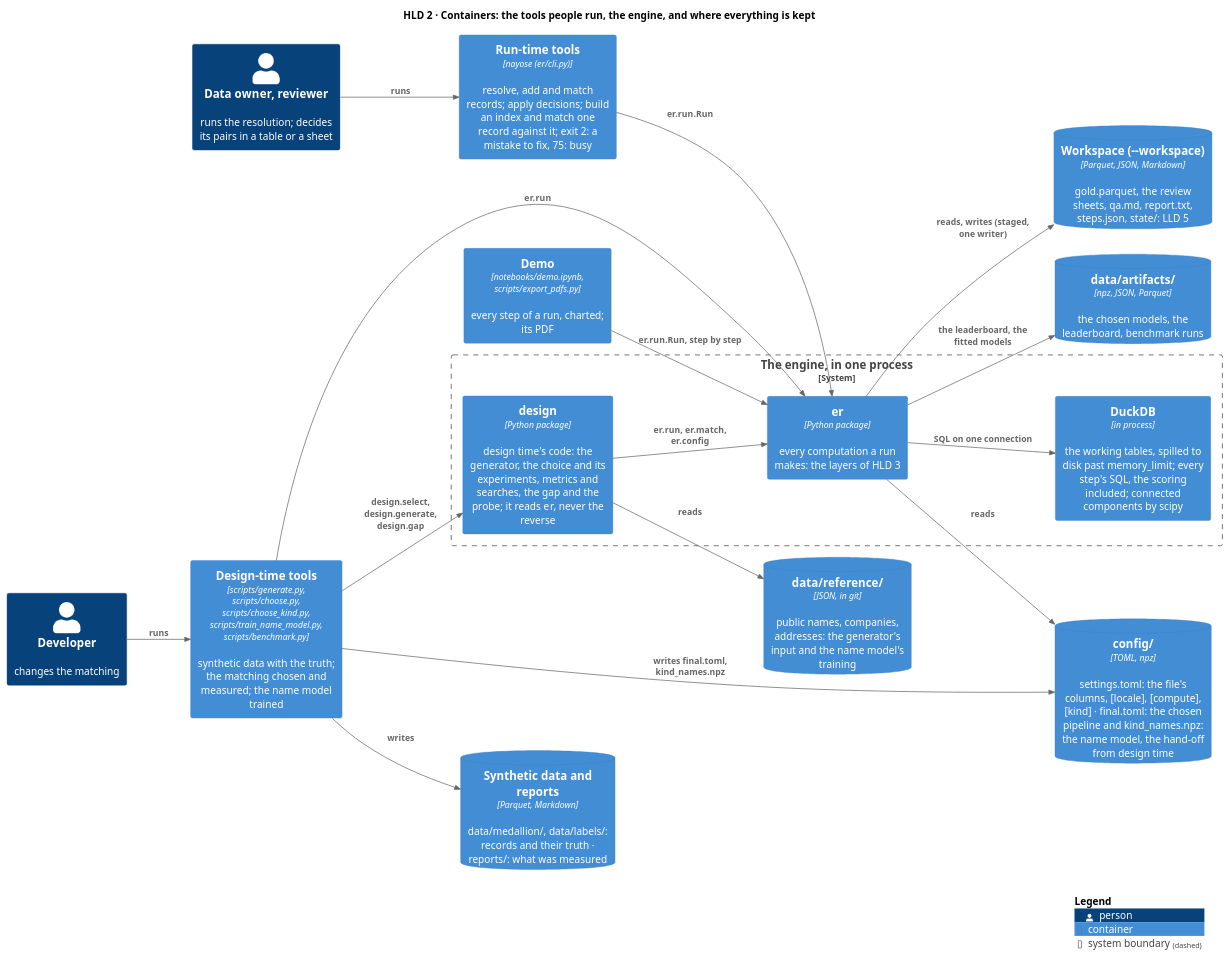
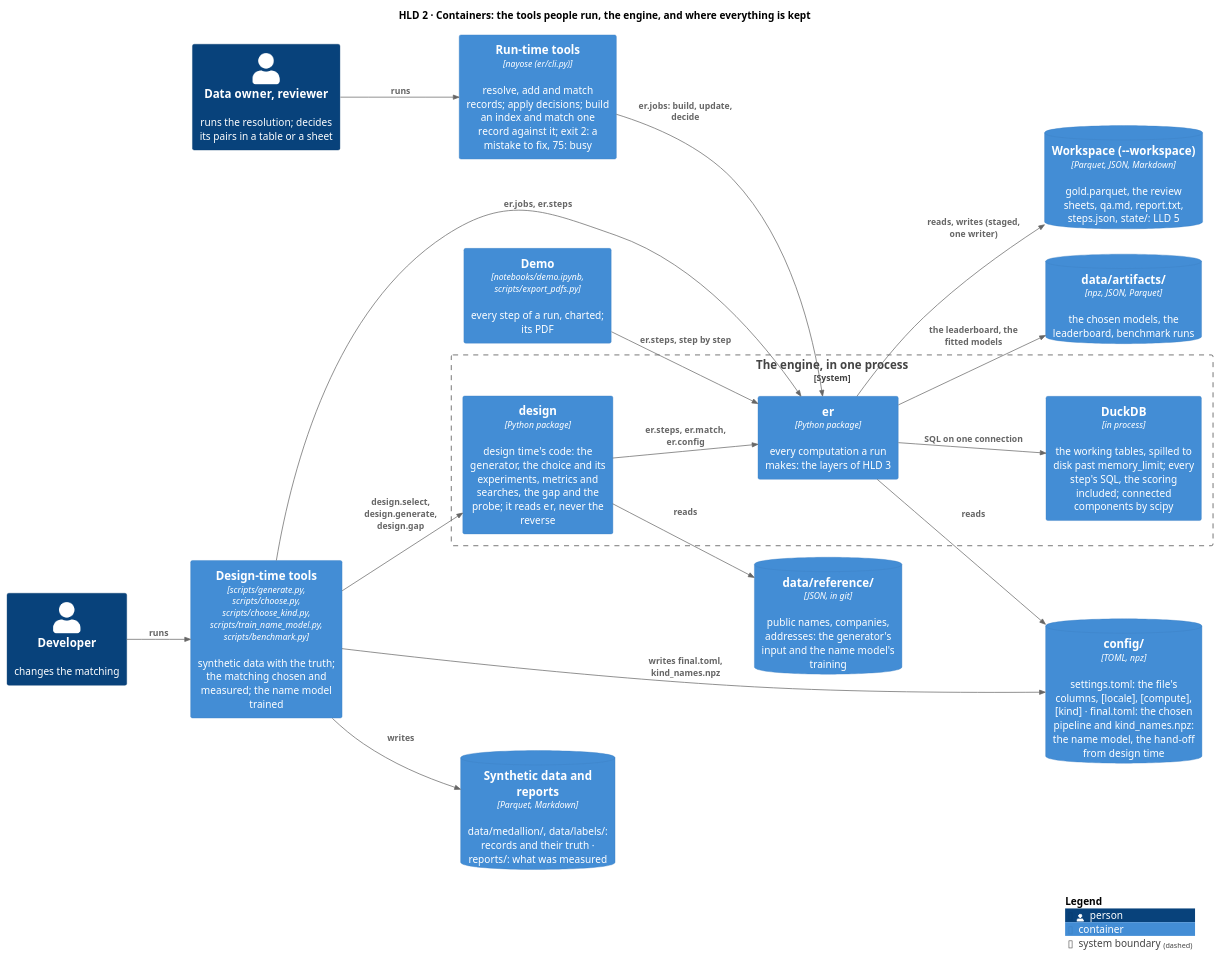
The diagram in docs/diagrams/containers.puml (mvsbm/entity_matching), drawn with PlantUML before and after one commit. The commit also changed 61 other files, not shown here.

First line of the commit message:
The Run class goes: each step is one module with its inputs and result explicit (er/steps/), and each job reads top to bottom (er/jobs/)

```diff
--- a/docs/diagrams/containers.puml
+++ b/docs/diagrams/containers.puml
@@ -1,42 +1,42 @@
 @startuml containers
 !include <C4/C4_Container>
 LAYOUT_LEFT_RIGHT()
 HIDE_STEREOTYPE()
 title HLD 2 · Containers: the tools people run, the engine, and where everything is kept
 
 Person(owner, "Data owner, reviewer", "runs the resolution; decides its pairs in a table or a sheet")
 Person(developer, "Developer", "changes the matching")
 
 Container(runtime, "Run-time tools", "nayose (er/cli.py)", "resolve, add and match records; apply decisions; build an index and match one record against it; exit 2: a mistake to fix, 75: busy")
 Container(designtime, "Design-time tools", "scripts/generate.py, scripts/choose.py, scripts/choose_kind.py, scripts/train_name_model.py, scripts/benchmark.py", "synthetic data with the truth; the matching chosen and measured; the name model trained")
 Container(demo, "Demo", "notebooks/demo.ipynb, scripts/export_pdfs.py", "every step of a run, charted; its PDF")
 
 System_Boundary(engine, "The engine, in one process") {
   Container(er, "er", "Python package", "every computation a run makes: the layers of HLD 3")
   Container(designpkg, "design", "Python package", "design time's code: the generator, the choice and its experiments, metrics and searches, the gap and the probe; it reads er, never the reverse")
   Container(duckdb, "DuckDB", "in process", "the working tables, spilled to disk past memory_limit; every step's SQL, the scoring included; connected components by scipy")
 }
 
 ContainerDb(config, "config/", "TOML, npz", "settings.toml: the file's columns, [locale], [compute], [kind] · final.toml: the chosen pipeline and kind_names.npz: the name model, the hand-off from design time")
 ContainerDb(reference, "data/reference/", "JSON, in git", "public names, companies, addresses: the generator's input and the name model's training")
 ContainerDb(runfolder, "Workspace (~--workspace)", "Parquet, JSON, Markdown", "gold.parquet, the review sheets, qa.md, report.txt, steps.json, state/: LLD 5")
 ContainerDb(artifacts, "data/artifacts/", "npz, JSON, Parquet", "the chosen models, the leaderboard, benchmark runs")
 ContainerDb(synthetic, "Synthetic data and reports", "Parquet, Markdown", "data/medallion/, data/labels/: records and their truth · reports/: what was measured")
 
 Rel(owner, runtime, "runs")
 Rel(developer, designtime, "runs")
-Rel(runtime, er, "er.run.Run")
+Rel(runtime, er, "er.jobs: build, update, decide")
 Rel(designtime, designpkg, "design.select, design.generate, design.gap")
-Rel(designtime, er, "er.run")
-Rel(designpkg, er, "er.run, er.match, er.config")
-Rel(demo, er, "er.run.Run, step by step")
+Rel(designtime, er, "er.jobs, er.steps")
+Rel(designpkg, er, "er.steps, er.match, er.config")
+Rel(demo, er, "er.steps, step by step")
 Rel(er, duckdb, "SQL on one connection")
 Rel(er, config, "reads")
 Rel(designpkg, reference, "reads")
 Rel(er, runfolder, "reads, writes (staged, one writer)")
 Rel(er, artifacts, "the leaderboard, the fitted models")
 Rel(designtime, synthetic, "writes")
 Rel(designtime, config, "writes final.toml, kind_names.npz")
 
 SHOW_LEGEND()
 @enduml
```
